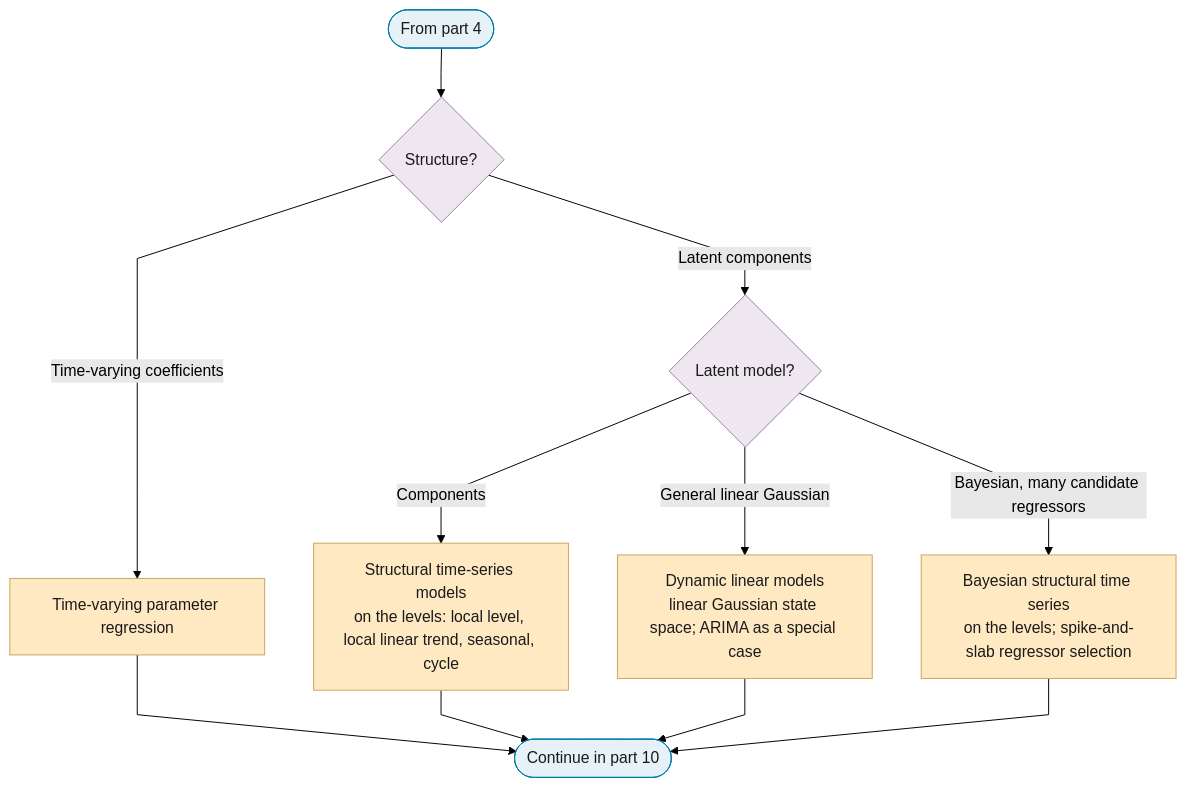
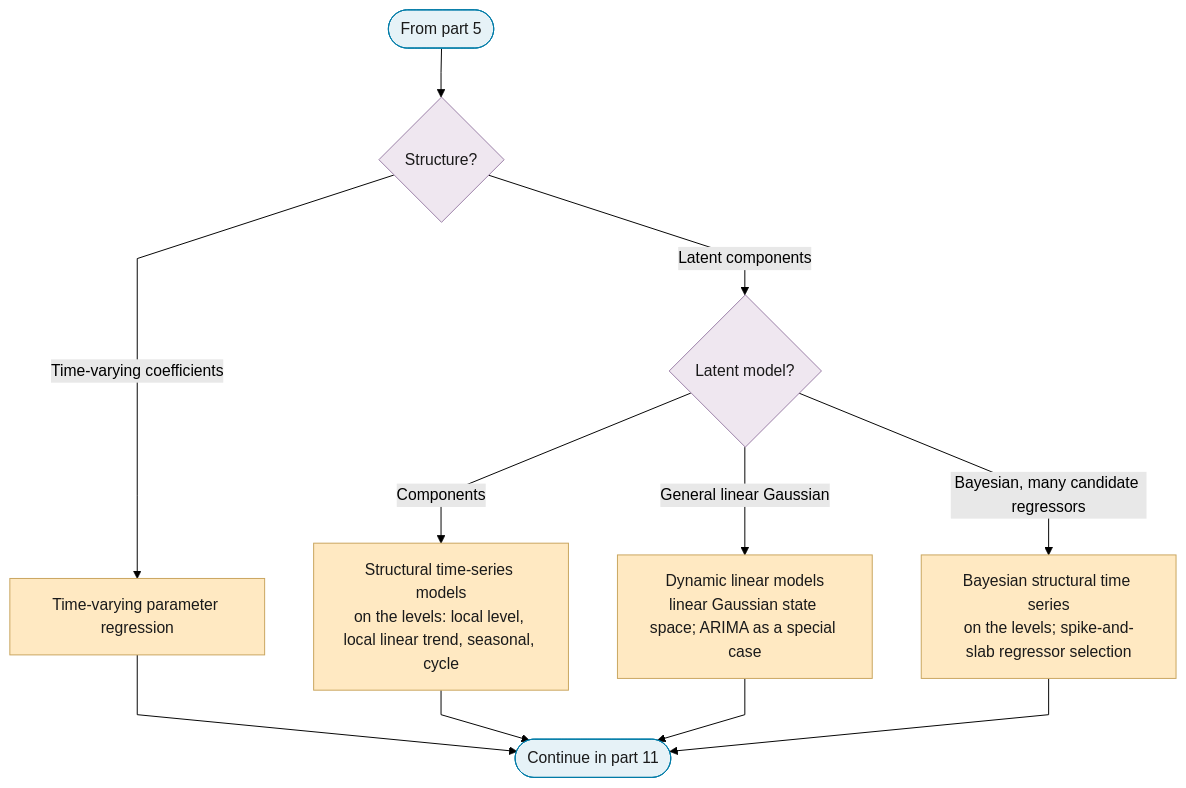
One commit to Shuxin-Y/time-series-analysis-manual changed the seventh of 12 diagrams in docs/01-workflow/p06-mean-model-class.md. Above: the diagram before and after it, drawn with Mermaid (forest theme). The commit also changed other lines of this file and 10 other files, not shown here.

````diff
--- a/docs/01-workflow/p06-mean-model-class.md
+++ b/docs/01-workflow/p06-mean-model-class.md
@@ -162,22 +187,22 @@
 ```mermaid
 %%{init: {"flowchart": {"curve": "linear"}}}%%
 graph TD
-    P6_PART_6_IN(["From part 4"]) --> P6_STRUCTURED{"Structure?"}
+    P6_PART_7_IN(["From part 5"]) --> P6_STRUCTURED{"Structure?"}
     P6_STRUCTURED -->|"Time-varying coefficients"| P6_TVP_REGRESSION["Time-varying parameter regression"]
     P6_STRUCTURED -->|"Latent components"| P6_LATENT_MODEL{"Latent model?"}
     P6_LATENT_MODEL -->|"Components"| P6_STRUCTURAL_TS["Structural time-series models<br/>on the levels: local level, local linear trend, seasonal, cycle"]
     P6_LATENT_MODEL -->|"General linear Gaussian"| P6_DLM["Dynamic linear models<br/>linear Gaussian state space; ARIMA as a special case"]
     P6_LATENT_MODEL -->|"Bayesian, many candidate regressors"| P6_BSTS["Bayesian structural time series<br/>on the levels; spike-and-slab regressor selection"]
-    P6_TVP_REGRESSION & P6_STRUCTURAL_TS & P6_DLM & P6_BSTS --> P6_PART_6_OUT(["Continue in part 10"])
+    P6_TVP_REGRESSION & P6_STRUCTURAL_TS & P6_DLM & P6_BSTS --> P6_PART_7_OUT(["Continue in part 11"])
     class P6_TVP_REGRESSION,P6_STRUCTURAL_TS,P6_DLM,P6_BSTS escalate
-    class P6_PART_6_IN,P6_PART_6_OUT terminator
+    class P6_PART_7_IN,P6_PART_7_OUT terminator
     class P6_STRUCTURED,P6_LATENT_MODEL decision
     classDef terminator fill:#E6F2F7,stroke:#007BA7,color:#1A1A1A;
     classDef process fill:#FFFFFF,stroke:#5A6B73,color:#1A1A1A;
     classDef decision fill:#EFE7F0,stroke:#9B7FA7,color:#1A1A1A;
     classDef data fill:#FFF4E0,stroke:#C9A55E,color:#1A1A1A;
     classDef good fill:#DCEFD8,stroke:#4A7A3F,color:#1A1A1A;
     classDef escalate fill:#FFE9C2,stroke:#C9A55E,color:#1A1A1A;
     classDef problem fill:#F2D9DE,stroke:#800020,color:#1A1A1A;
     classDef ref fill:#F7F7F7,stroke:#5A6B73,color:#1A1A1A,stroke-dasharray:4 3;
 ```
````
